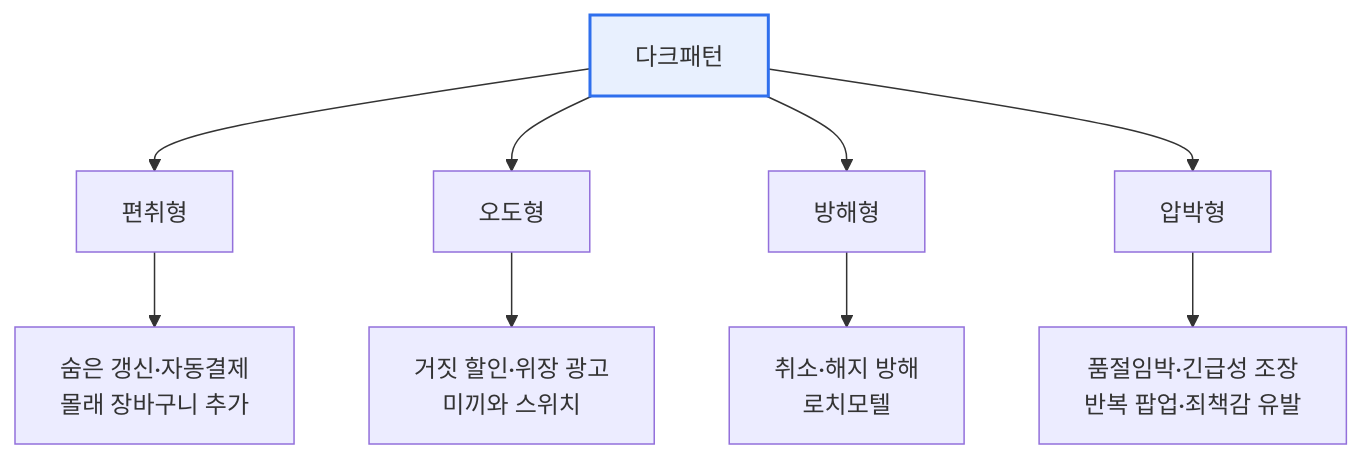
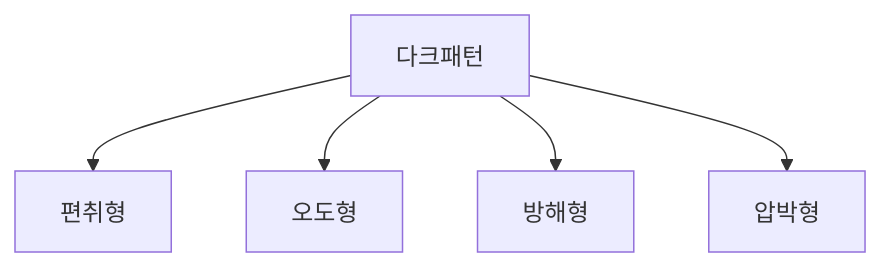
The diagram in content/dark-pattern.md (coninggu/wjdqhrhksflrltnftk), drawn with Mermaid before and after one commit. The commit also changed other lines of this file and 28 other files, not shown here.

````diff
--- a/content/dark-pattern.md
+++ b/content/dark-pattern.md
@@ -14,12 +14,7 @@
 ```mermaid
 flowchart TB
   D[다크패턴] --> A[편취형]
   D --> B[오도형]
   D --> C[방해형]
   D --> E[압박형]
-  A --> A1[숨은 갱신·자동결제<br/>몰래 장바구니 추가]
-  B --> B1[거짓 할인·위장 광고<br/>미끼와 스위치]
-  C --> C1[취소·해지 방해<br/>로치모텔]
-  E --> E1[품절임박·긴급성 조장<br/>반복 팝업·죄책감 유발]
-  style D fill:#e8f0fe,stroke:#2f6fed,stroke-width:2px
 ```
````
